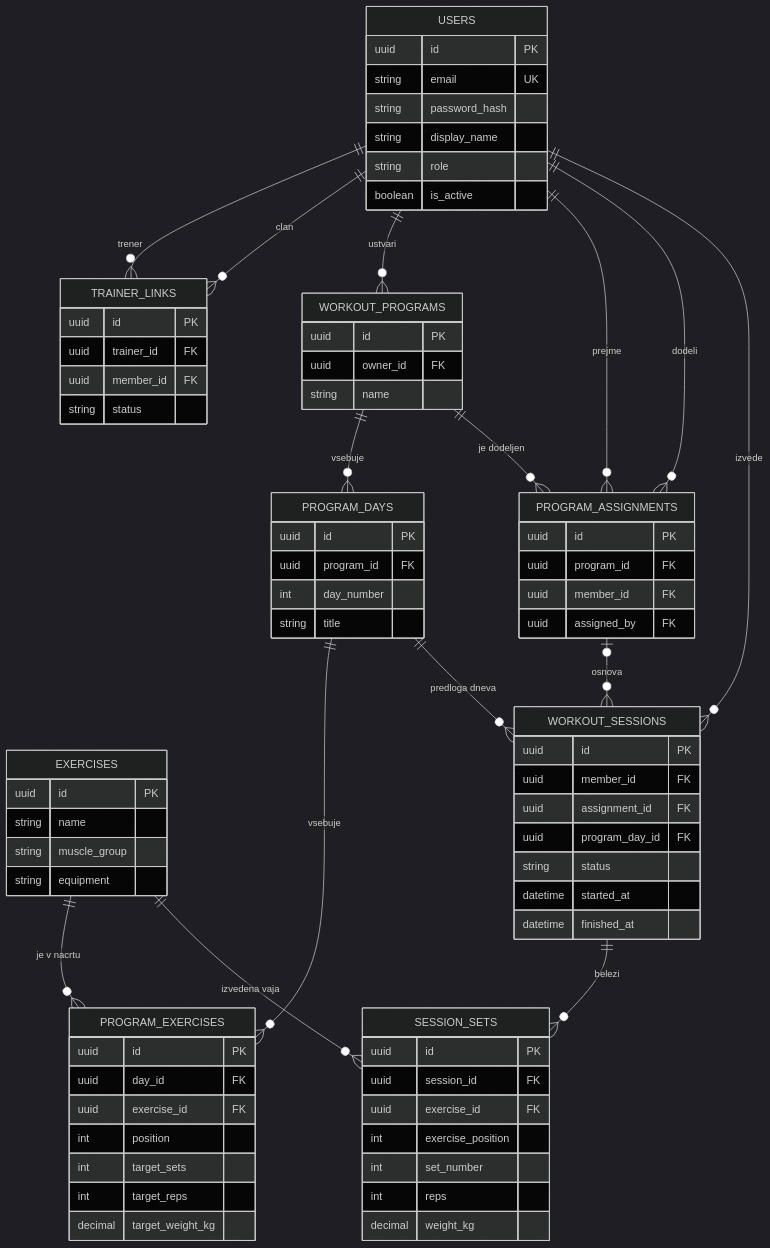
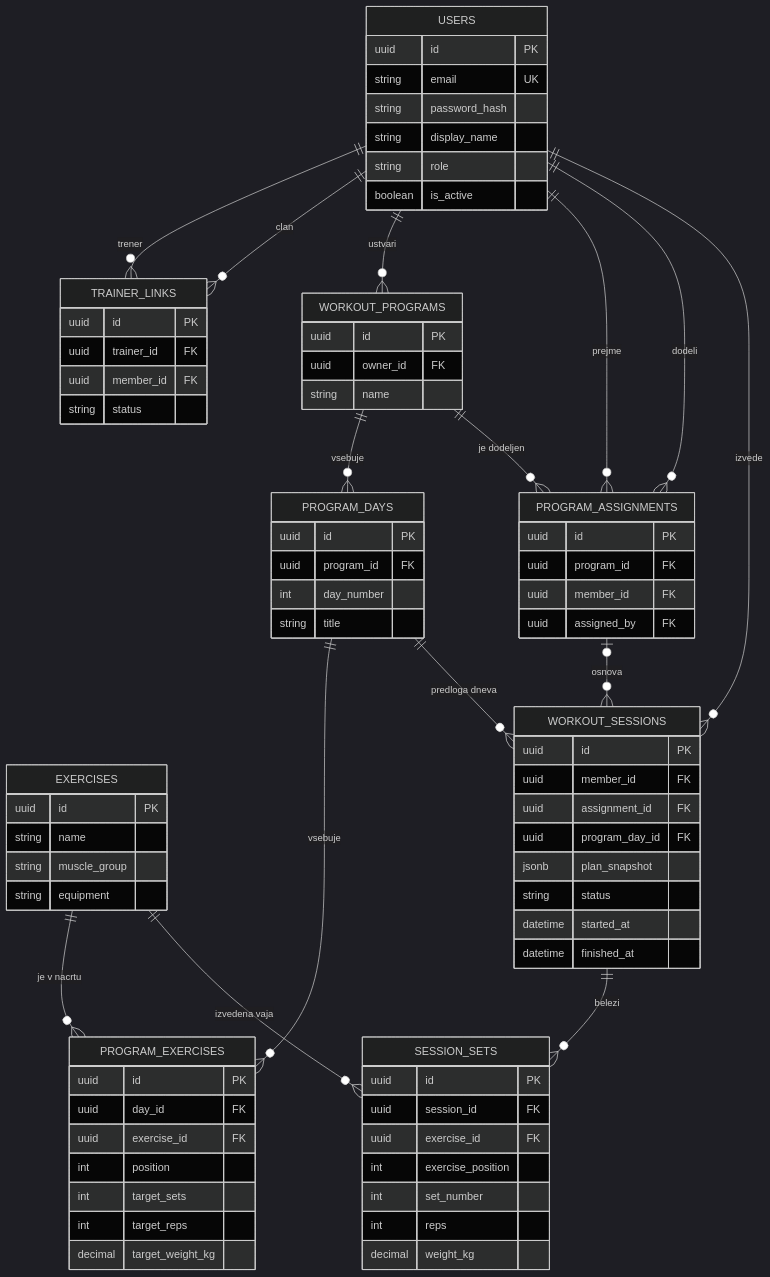
Before and after one commit to Gal5elin/GymTracker: the diagram in docs/03-podatkovni-model.md, drawn with Mermaid (dark theme). The commit also changed other lines of this file and 8 other files, not shown here.

```diff
--- a/docs/03-podatkovni-model.md
+++ b/docs/03-podatkovni-model.md
@@ -100,6 +100,7 @@
       uuid member_id FK
       uuid assignment_id FK
       uuid program_day_id FK
+      jsonb plan_snapshot
       string status
       datetime started_at
       datetime finished_at
```
